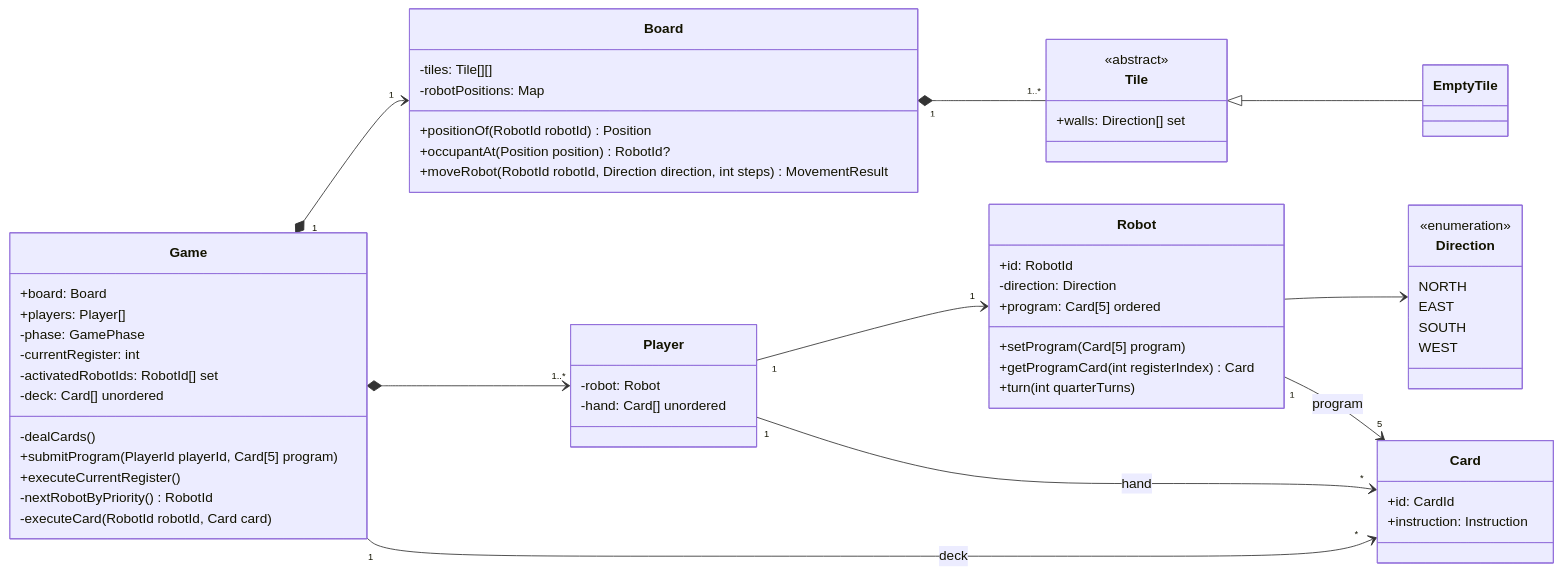
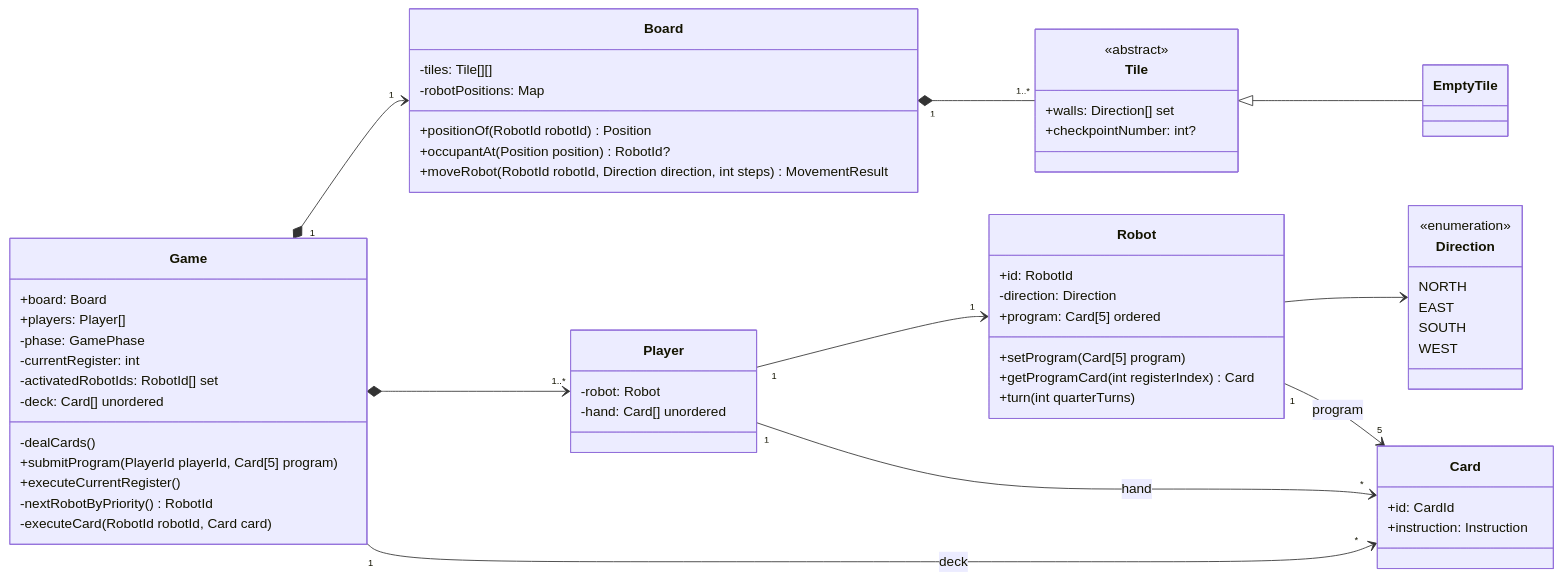
One commit to hananinas/RoboRally changed the diagram in docs/game_model_UML.md. Above: the diagram before and after it, drawn with Mermaid. The commit also changed other lines of this file and 12 other files, not shown here.

````diff
--- a/docs/game_model_UML.md
+++ b/docs/game_model_UML.md
@@ -4,74 +4,75 @@
 ```mermaid
     classDiagram
         direction LR
 
         class Game {
         +board: Board
         +players: Player[]
         -phase: GamePhase
         -currentRegister: int
         -activatedRobotIds: RobotId[] set
         -deck: Card[] unordered
         -dealCards()
         +submitProgram(PlayerId playerId, Card[5] program)
         +executeCurrentRegister()
         -nextRobotByPriority() RobotId
         -executeCard(RobotId robotId, Card card)
         }
 
         class Board {
         -tiles: Tile[][]
         -robotPositions: Map
         +positionOf(RobotId robotId) Position
         +occupantAt(Position position) RobotId?
         +moveRobot(RobotId robotId, Direction direction, int steps) MovementResult
         }
 
         class Tile {
             <<abstract>>
             +walls: Direction[] set
+            +checkpointNumber: int?
         }
 
         class EmptyTile
 
         class Player {
         -robot: Robot
         -hand: Card[] unordered
         }
 
         class Robot {
         +id: RobotId
         -direction: Direction
         +program: Card[5] ordered
         +setProgram(Card[5] program)
         +getProgramCard(int registerIndex) Card
         +turn(int quarterTurns)
         }
 
         class Direction {
         <<enumeration>>
         NORTH
         EAST
         SOUTH
         WEST
         }
 
         class Card {
             +id: CardId
             +instruction: Instruction
         }
 
         Game "1" *--> "1" Board
         Game *--> "1..*" Player
         Board "1" *-- "1..*" Tile
 
         Robot --> Direction
         Tile <|-- EmptyTile
 
         Player "1" --> "1" Robot
 
         Game "1" --> "*" Card : deck
         Player "1" --> "*" Card : hand
         Robot "1" --> "5" Card : program
 
 ```
````
